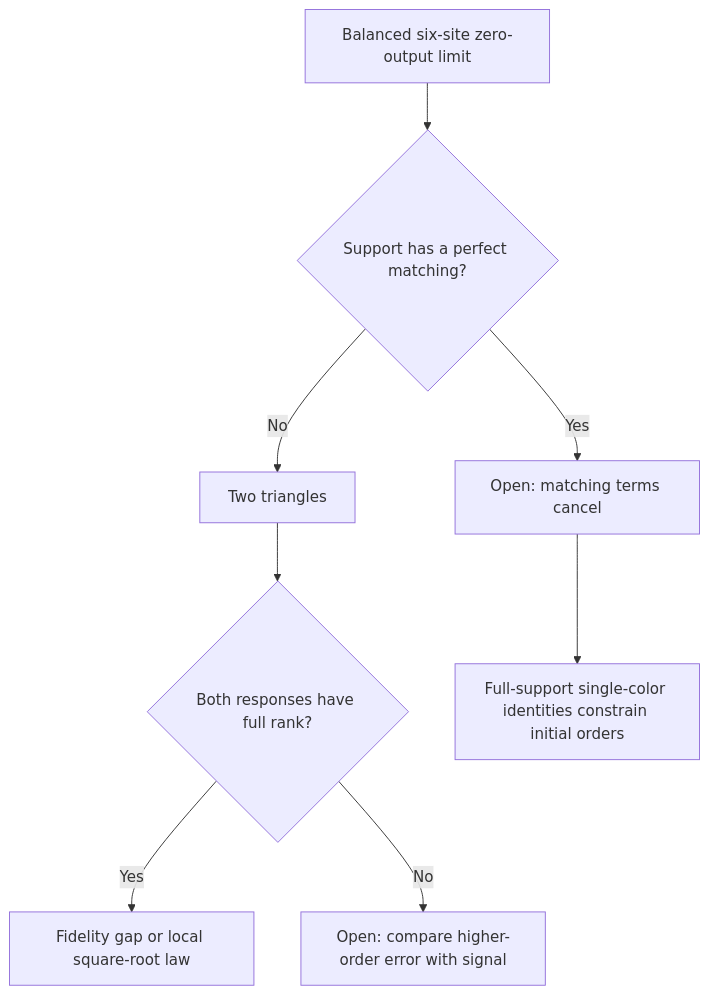
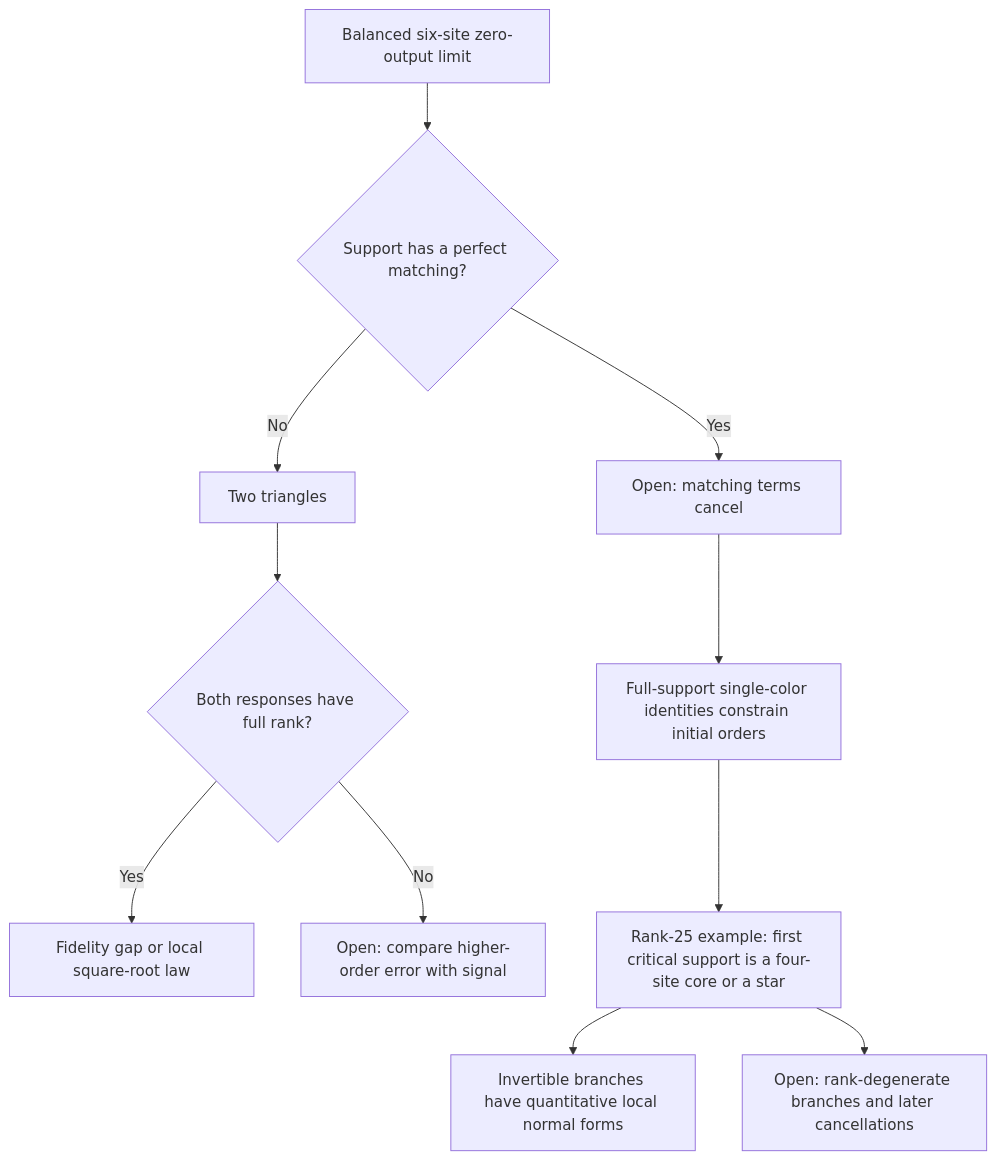
One commit to rrajasek95/krenn-conjecture changed the diagram in research/ghz-rates/README.md. Above: the diagram before and after it, drawn with Mermaid. The commit also changed other lines of this file and 18 other files, not shown here.

```diff
--- a/research/ghz-rates/README.md
+++ b/research/ghz-rates/README.md
@@ -42,10 +44,13 @@
 ~~~mermaid
 flowchart TD
     A["Balanced six-site zero-output limit"] --> B{"Support has a perfect matching?"}
     B -->|No| C["Two triangles"]
     C --> D{"Both responses have full rank?"}
     D -->|Yes| E["Fidelity gap or local square-root law"]
     D -->|No| F["Open: compare higher-order error with signal"]
     B -->|Yes| G["Open: matching terms cancel"]
     G --> H["Full-support single-color identities constrain initial orders"]
+    H --> I["Rank-25 example: first critical support is a four-site core or a star"]
+    I --> J["Invertible branches have quantitative local normal forms"]
+    I --> K["Open: rank-degenerate branches and later cancellations"]
 ~~~
```
